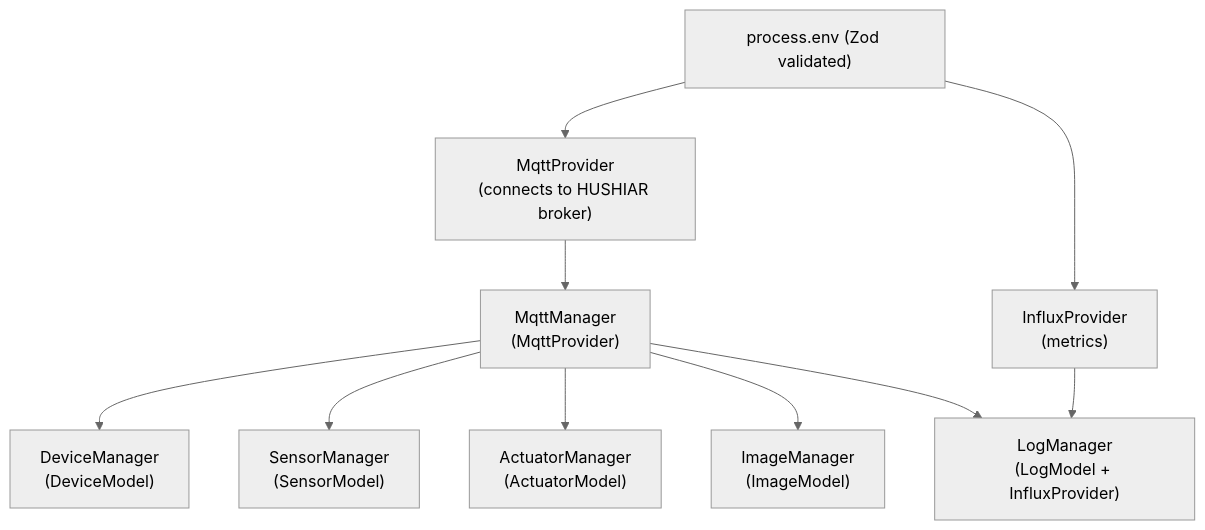
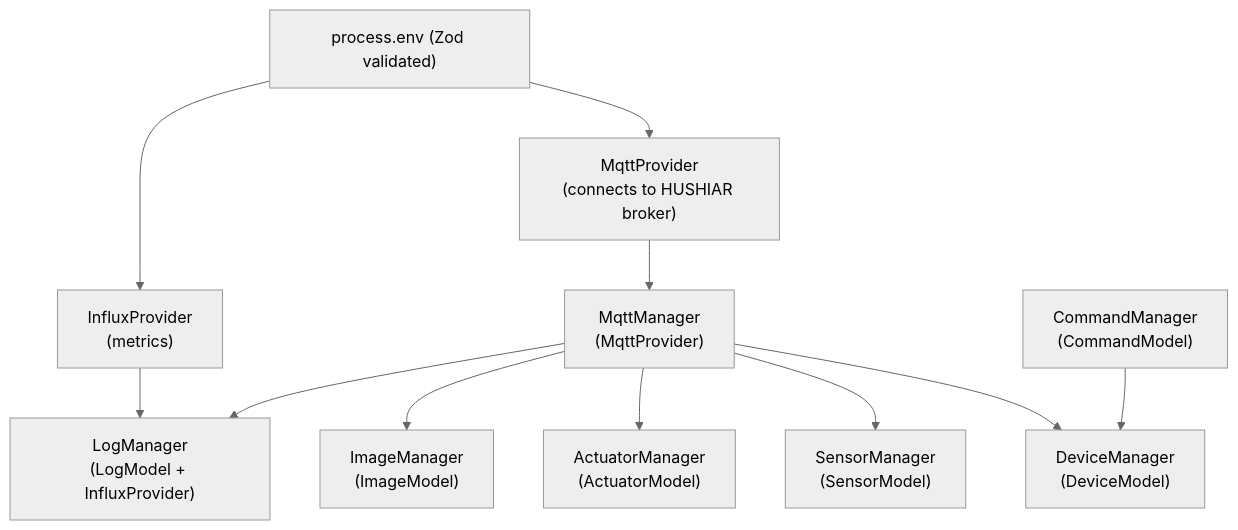
Before and after one commit to mhosseinab/hushiar: the fourth of 4 diagrams in apps/device-api/README.md, drawn with Mermaid (neutral theme). The commit also changed other lines of this file and 78 other files, not shown here.

````diff
--- a/apps/device-api/README.md
+++ b/apps/device-api/README.md
@@ -200,26 +206,29 @@
 ```mermaid
 graph TD
     ENV["process.env (Zod validated)"]
 
     MQTT_PROV["MqttProvider\n(connects to HUSHIAR broker)"]
     INFLUX_PROV["InfluxProvider\n(metrics)"]
 
     DEV_MGR["DeviceManager\n(DeviceModel)"]
     SENS_MGR["SensorManager\n(SensorModel)"]
     ACT_MGR["ActuatorManager\n(ActuatorModel)"]
     IMG_MGR["ImageManager\n(ImageModel)"]
     LOG_MGR["LogManager\n(LogModel + InfluxProvider)"]
     MQTT_MGR["MqttManager\n(MqttProvider)"]
+    CMD_MGR["CommandManager\n(CommandModel)"]
 
     ENV --> MQTT_PROV
     ENV --> INFLUX_PROV
 
     INFLUX_PROV --> LOG_MGR
     MQTT_PROV --> MQTT_MGR
 
+    CMD_MGR --> DEV_MGR
+
     MQTT_MGR --> DEV_MGR
     MQTT_MGR --> SENS_MGR
     MQTT_MGR --> ACT_MGR
     MQTT_MGR --> IMG_MGR
     MQTT_MGR --> LOG_MGR
 ```
````
